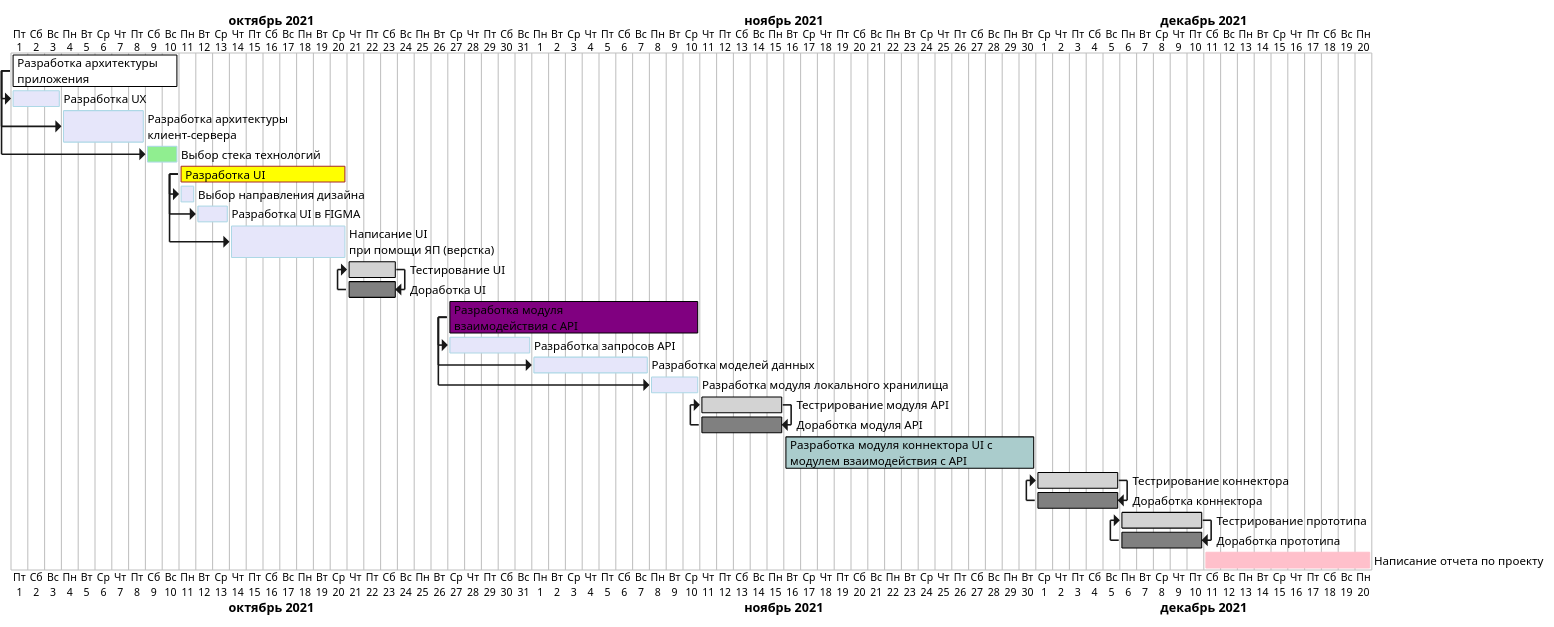
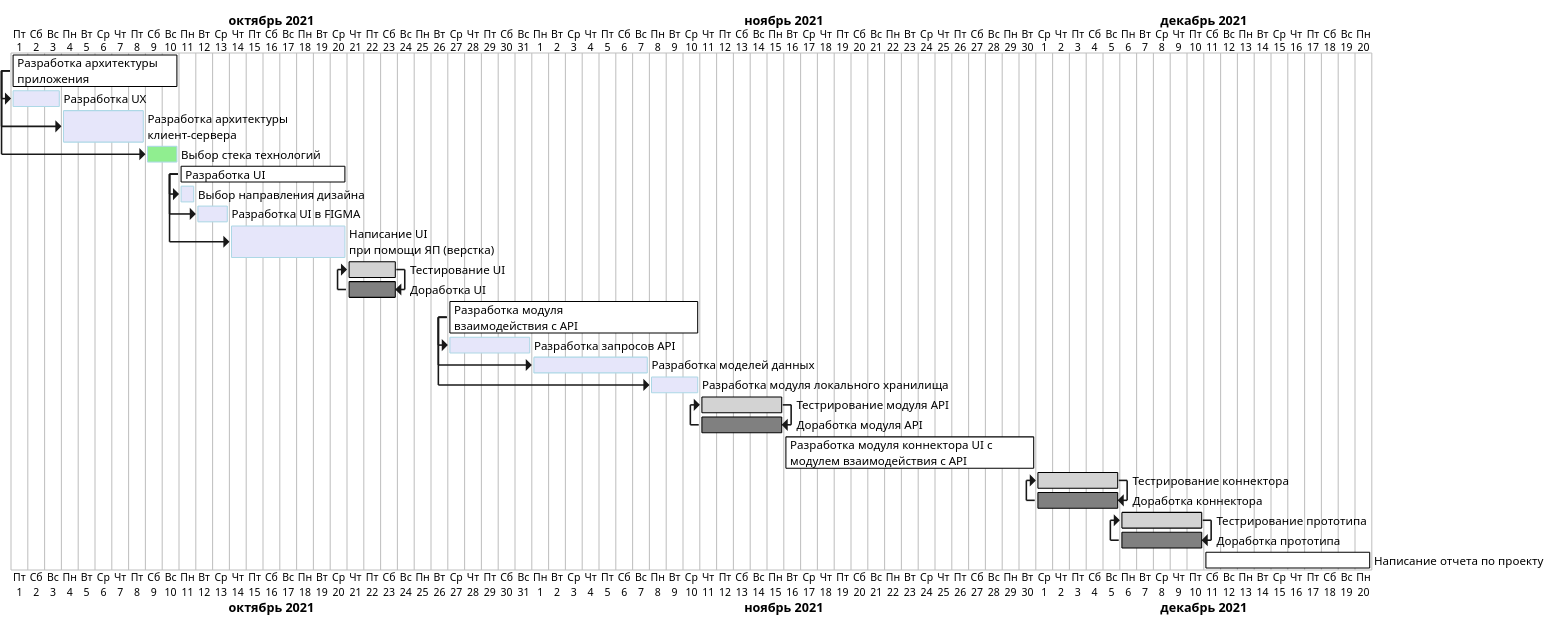
One commit to 4Whiskas/kursach changed the diagram in uml/gant.puml. Above: the diagram before and after it, drawn with PlantUML. The commit also changed 17 other files, not shown here.

```diff
--- a/uml/gant.puml
+++ b/uml/gant.puml
@@ -1,65 +1,66 @@
 @startgantt
 'https://plantuml.com/gantt-diagram
 
 language ru
 Project starts 2021-10-01
 
 [Разработка архитектуры\nприложения] as [PLAN] lasts 10 days and is colored in White/Black
 [Разработка UX] as [UX] lasts 3 days
 [Разработка архитектуры\nклиент-сервера] as [CS] lasts 5 days and is colored in Lavender/LightBlue
 [Выбор стека технологий] as [CST] lasts 2 days and is colored in LightGreen/LightBlue
 
-[Разработка UI] as [UI] lasts 10 days and is colored in Yellow/Brown
+[Разработка UI] as [UI] lasts 10 days and is colored in White/Black
 [Выбор направления дизайна] as [DES] lasts 1 days and is colored in Lavender/LightBlue
 [Разработка UI в FIGMA] as [FIGMA] lasts 2 days and is colored in Lavender/LightBlue
 [Написание UI\nпри помощи ЯП (верстка)] as [VERST] lasts 7 days and is colored in Lavender/LightBlue
 [Тестирование UI] as [UIT] starts at 2021-10-21  and lasts 3 days and is colored in LightGrey/Black
 [Доработка UI] as [UIR] lasts 3 days and is colored in Grey/Black
 
-[Разработка модуля\nвзаимодействия с API] as [MAPI] lasts 15 days and is colored in Purple/black and starts at 2021-10-27
+[Разработка модуля\nвзаимодействия с API] as [MAPI] lasts 15 days and is colored in White/Black and starts at 2021-10-27
 [Разработка запросов API] as [REQ] lasts 5 days and is colored in Lavender/LightBlue
 [Разработка моделей данных] as [MODEL] lasts 7 days and is colored in Lavender/LightBlue
 [Разработка модуля локального хранилища] as [STOR] lasts 3 days and is colored in Lavender/LightBlue
 
 [Тестрирование модуля API] as [TAPI] lasts 5 days and is colored in LightGrey/Black
 [Доработка модуля API] as [DAPI] lasts 5 days and is colored in Grey/Black
 
-[Разработка модуля коннектора UI с\nмодулем взаимодействия с API] as [LOGIC] lasts 15 days and is colored in Acc/black and starts at 2021-11-16
+[Разработка модуля коннектора UI с\nмодулем взаимодействия с API] as [LOGIC] lasts 15 days and is colored in White/Black and starts at 2021-11-16
+
 [Тестрирование коннектора] as [TLOGIC] lasts 5 days and is colored in LightGrey/Black
 [Доработка коннектора] as [DLOGIC] lasts 5 days and is colored in Grey/Black
 
 [Тестрирование прототипа] as [TPROT] lasts 5 days and is colored in LightGrey/Black
 [Доработка прототипа] as [DPROT] lasts 5 days and is colored in Grey/Black
 
-[Написание отчета по проекту] as [OTCH] lasts 10 days and is colored in Pink and starts at 2021-12-11
+[Написание отчета по проекту] as [OTCH] lasts 10 days and is colored in White/Black and starts at 2021-12-11
 
 
 
 
 [UX] is colored in Lavender/LightBlue and starts at [PLAN]`s start
 [CS] starts 3 days after [PLAN]`s start
 [CST] starts 8 days after [PLAN]`s start
 
 [UI] starts at 2021-10-11
 [DES] starts at [UI]`s start
 [FIGMA] starts 1 days after [UI]`s start
 [VERST] starts 3 days after [UI]`s start
 
 [REQ] starts at [MAPI]`s start
 [MODEL] starts 5 days after [MAPI]`s start
 [STOR] starts 12 days after [MAPI]`s start
 [UIT] starts at [UIR]`s start
 [UIR] ends at [UIT]`s end
 
 [TAPI] starts at 2021-11-11 and starts at [DAPI]`s start
 [DAPI] ends at [TAPI]`s end
 
 [TLOGIC] starts at 2021-12-1 and starts at [DLOGIC]`s start
 [DLOGIC] ends at [TLOGIC]`s end
 
 [TPROT] starts at 2021-12-6 and starts at [DPROT]`s start
 [DPROT] ends at [TPROT]`s end
 
 
 
 @endgantt
```
